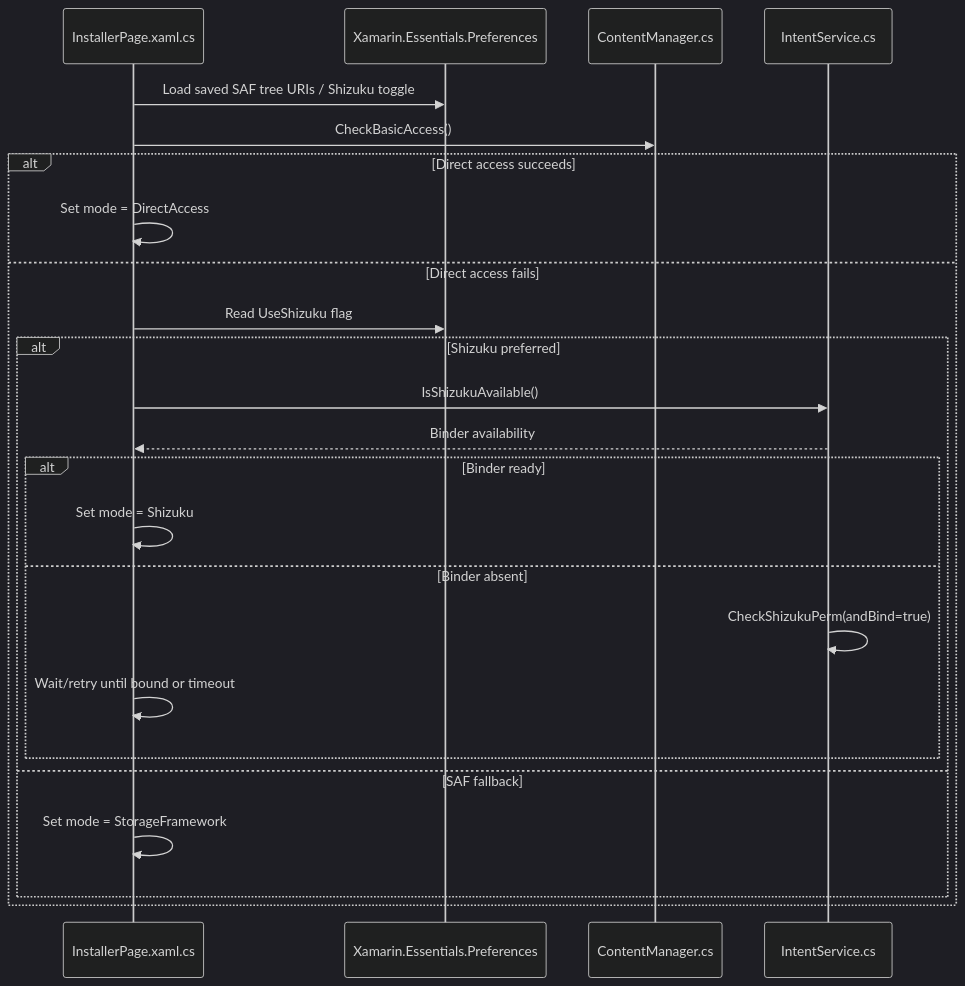
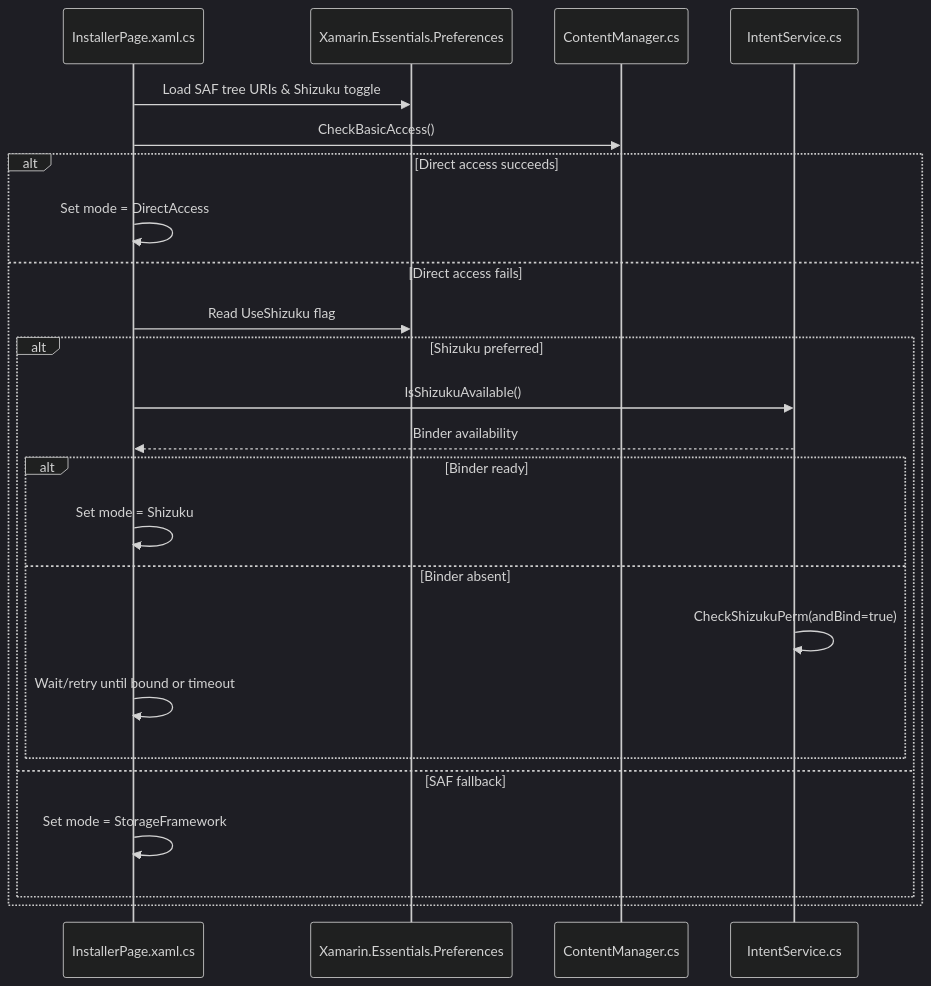
The first of 4 diagrams in analysis/mechanics.md (DqkrLord0Xerod/translatefgo), drawn with Mermaid (dark theme) before and after one commit. The commit also changed other lines of this file, not shown here.

````diff
--- a/analysis/mechanics.md
+++ b/analysis/mechanics.md
@@ -19,26 +29,26 @@
 ```mermaid
 sequenceDiagram
     participant UI as InstallerPage.xaml.cs
     participant Pref as Xamarin.Essentials.Preferences
     participant CM as ContentManager.cs
     participant INT as IntentService.cs
-    UI->>Pref: Load saved SAF tree URIs / Shizuku toggle
+    UI->>Pref: Load SAF tree URIs & Shizuku toggle
     UI->>CM: CheckBasicAccess()
     alt Direct access succeeds
         UI->>UI: Set mode = DirectAccess
     else Direct access fails
         UI->>Pref: Read UseShizuku flag
         alt Shizuku preferred
             UI->>INT: IsShizukuAvailable()
             INT-->>UI: Binder availability
             alt Binder ready
                 UI->>UI: Set mode = Shizuku
             else Binder absent
                 INT->>INT: CheckShizukuPerm(andBind=true)
                 UI->>UI: Wait/retry until bound or timeout
             end
         else SAF fallback
             UI->>UI: Set mode = StorageFramework
         end
     end
 ```
````
